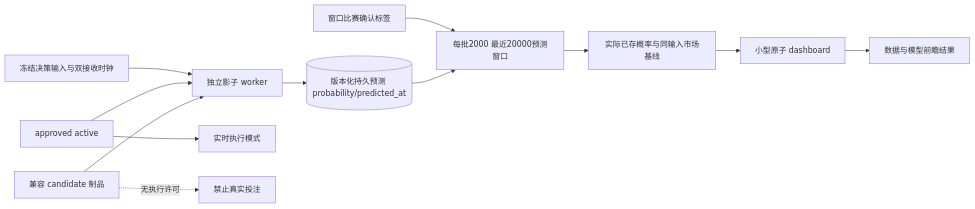
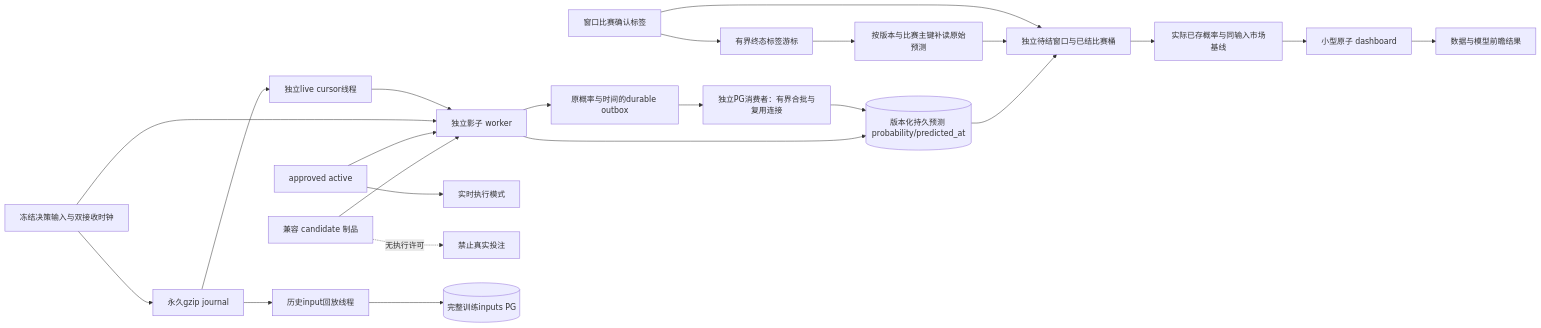
Before and after one commit to 1420970597/ai_football: the diagram in docs/architecture/shadow-model-observation.md, drawn with Mermaid. The commit also changed other lines of this file and 22 other files, not shown here.

````diff
--- a/docs/architecture/shadow-model-observation.md
+++ b/docs/architecture/shadow-model-observation.md
@@ -5,14 +5,25 @@
 ```mermaid
 flowchart LR
  C[兼容 candidate 制品] --> S[独立影子 worker]
  A[approved active] --> S
  A --> E[实时执行模式]
  C -. 无执行许可 .-> X[禁止真实投注]
  R[冻结决策输入与双接收时钟] --> S
  S --> P[(版本化持久预测 probability/predicted_at)]
- P --> W[每批2000 最近20000预测窗口]
+ R --> J[永久gzip journal]
+ J --> T[独立live cursor线程]
+ J --> H[历史input回放线程]
+ T --> S
+ H --> I[(完整训练inputs PG)]
+ S --> O[原概率与时间的durable outbox]
+ O --> PC[独立PG消费者：有界合批与复用连接]
+ PC --> P
+ P --> W[独立待结窗口与已结比赛桶]
+ L --> LC[有界终态标签游标]
+ LC --> MP[按版本与比赛主键补读原始预测]
+ MP --> W
  L[窗口比赛确认标签] --> W
  W --> M[实际已存概率与同输入市场基线]
  M --> D[小型原子 dashboard]
  D --> UI[数据与模型前瞻结果]
 ```
````
